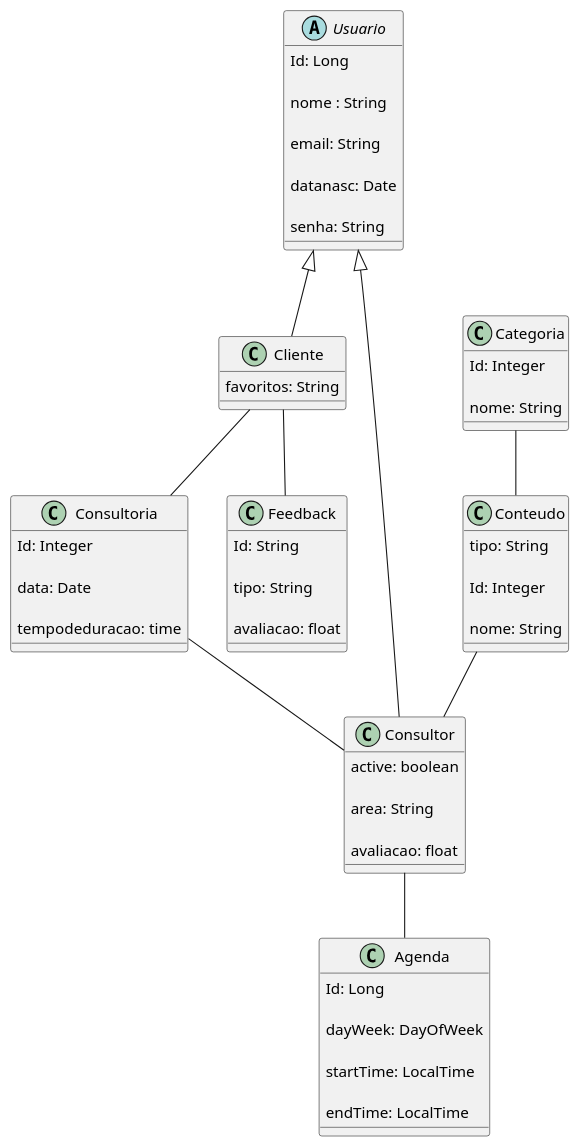
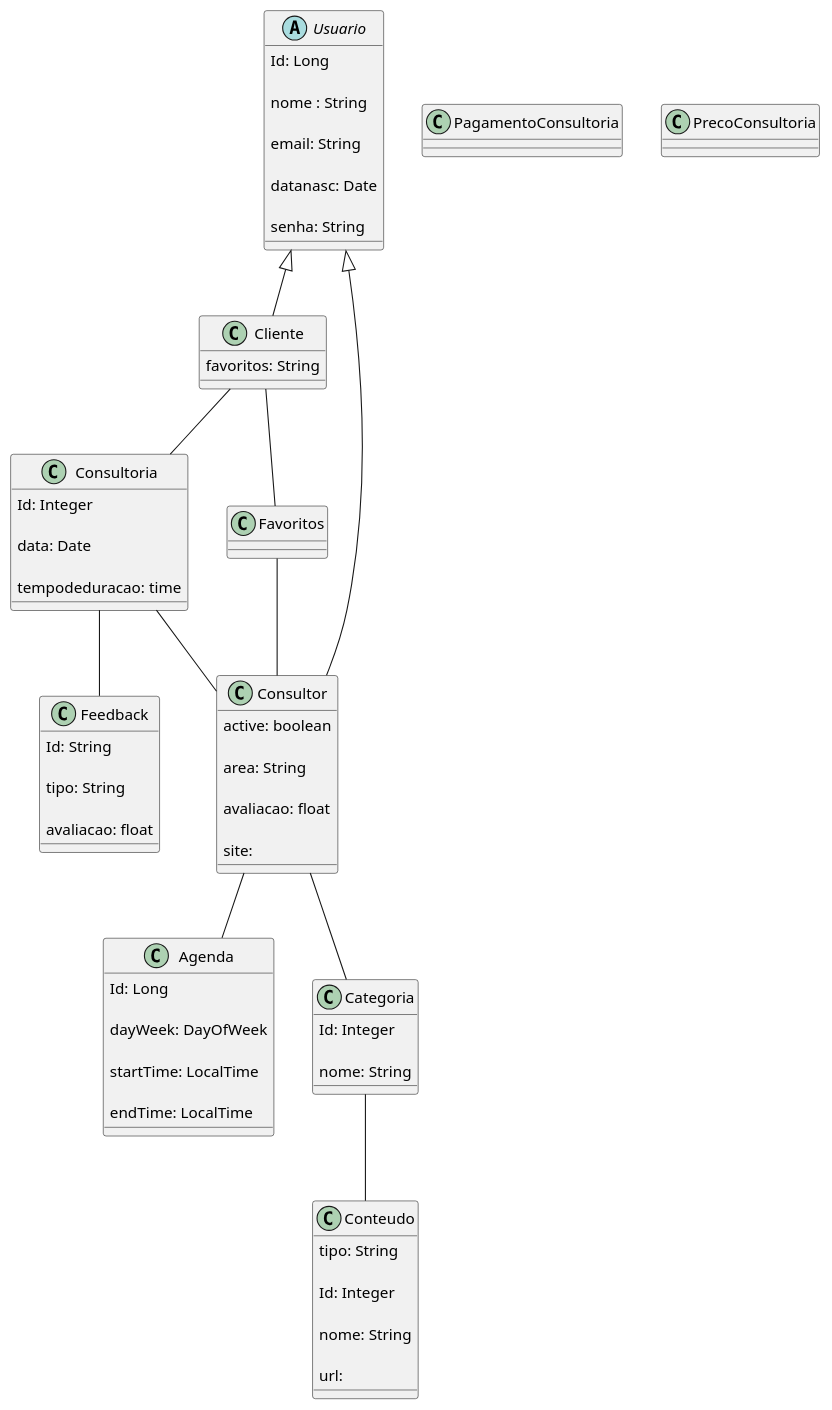
One commit to camycamyha/projetoEngSoftware changed the diagram in docs/modeloConceitual/modConceitual.puml. Above: the diagram before and after it, drawn with PlantUML.

Commit message:
Adicionando novas classes no modelo conceitual 25/09/23

```diff
--- a/docs/modeloConceitual/modConceitual.puml
+++ b/docs/modeloConceitual/modConceitual.puml
@@ -1,125 +1,147 @@
 @startuml "Modelo Conceitual"
 
 abstract class Usuario {
 
     Id: Long
 
     nome : String
 
     email: String
 
     datanasc: Date
 
     senha: String
 
  
 
 }  
 
  
 
 class Consultor {
 
     active: boolean
 
     area: String
 
-    avaliacao: float    
+    avaliacao: float 
+
+    site:  
 
 }
 
  
 
 class Cliente {
 
     favoritos: String
 
 }
 
- 
+
+
+ class Favoritos {
+
+
+}
 
  
 
-'private or health insurance
 
 class Consultoria{
 
     Id: Integer
 
     data: Date
 
     tempodeduracao: time
 
 }
 
  
+
+ class PagamentoConsultoria {
+
+
+}
+
+
+class PrecoConsultoria {
+    
+
+}
 
  
 
 class Agenda {
 
     Id: Long
 
     dayWeek: DayOfWeek
 
     startTime: LocalTime
 
     endTime: LocalTime
 
    
 
 }
 
  
 
 Class Categoria{
 
     Id: Integer
 
     nome: String
 
 }
 
  
 
 Class Conteudo{
 
   tipo: String
 
   Id: Integer
 
-  nome: String  
+  nome: String 
+
+  url: 
 
 }
 
 Class Feedback{
 
     Id: String
 
     tipo: String
 
     avaliacao: float
 
 }
 
  
 
  
+Cliente -- Favoritos
+
+Favoritos -- Consultor
+
+Consultor -- Categoria
 
 Categoria -- Conteudo
-
-Conteudo -- Consultor
 
 Consultor --|> Usuario
 
 Usuario <|-- Cliente
 
-Cliente --Feedback
+Consultoria --Feedback
 
 Cliente -- Consultoria
 
 Consultoria -- Consultor
 
 Consultor -- Agenda
 
 @enduml
```
